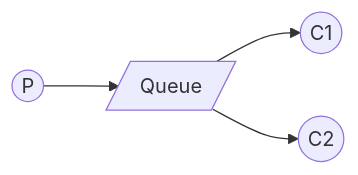
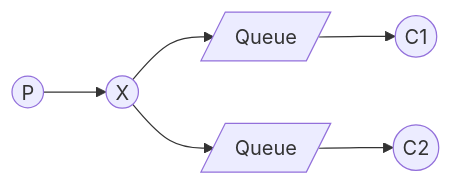
Before and after one commit to antoniomarcossouza/DCC064: the diagram in README.md, drawn with Mermaid.

Commit message:
Arquitetura

````diff
--- a/README.md
+++ b/README.md
@@ -5,11 +5,15 @@
 ```mermaid
 flowchart LR
     A((P))
-    B[/Queue/]
-    C((C1))
-    D((C2))
+    B((X))
+    C1[/Queue/]
+    C2[/Queue/]
+    D((C1))
+    E((C2))
 
     A --> B
-    B --> C
-    B --> D
+    B --> C1
+    C1 --> D
+    B --> C2
+    C2 --> E
 ```
````
